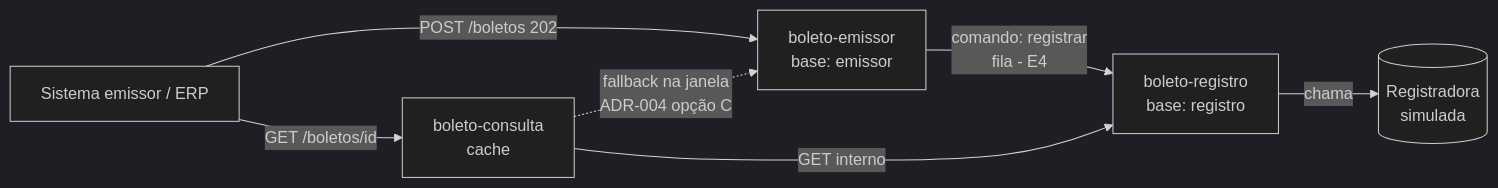
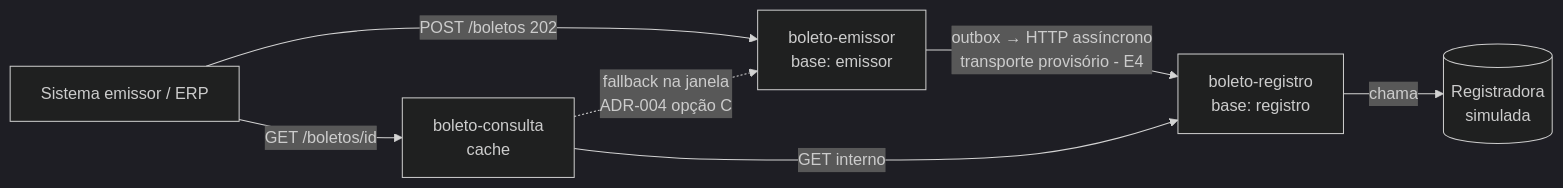
Before and after one commit to Mateustv/projetofinaljava3: the diagram in docs/arquitetura.md, drawn with Mermaid (dark theme). The commit also changed other lines of this file and 41 other files, not shown here.

Commit message:
feat(E4): entrega registro assincrono via outbox

````diff
--- a/docs/arquitetura.md
+++ b/docs/arquitetura.md
@@ -16,9 +16,9 @@
 ```mermaid
 flowchart LR
     ERP[Sistema emissor / ERP] -->|POST /boletos 202| EM[boleto-emissor<br/>base: emissor]
-    EM -->|comando: registrar<br/>fila - E4| RG[boleto-registro<br/>base: registro]
+    EM -->|outbox → HTTP assíncrono<br/>transporte provisório - E4| RG[boleto-registro<br/>base: registro]
     RG -->|chama| REG[(Registradora<br/>simulada)]
     CS[boleto-consulta<br/>cache] -->|GET interno| RG
     CS -.->|fallback na janela<br/>ADR-004 opção C| EM
     ERP -->|GET /boletos/id| CS
 ```
````
